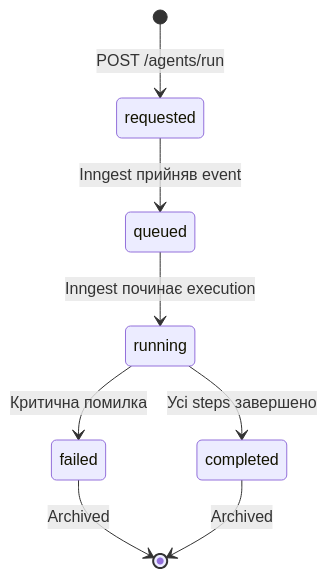
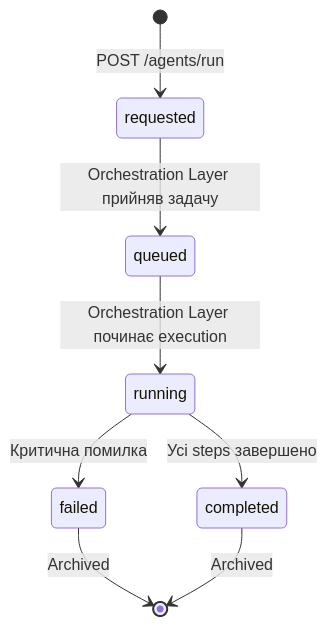
The diagram in docs/architecture/INBOX_AND_RUN_LIFECYCLE_V1.md (maxfraieho/garden-bloom), drawn with Mermaid before and after one commit. The commit also changed other lines of this file and 29 other files, not shown here.

First line of the commit message:
docs: make runtime orchestration vendor-agnostic; remove Inngest refs from canonical docs

````diff
--- a/docs/architecture/INBOX_AND_RUN_LIFECYCLE_V1.md
+++ b/docs/architecture/INBOX_AND_RUN_LIFECYCLE_V1.md
@@ -92,10 +92,10 @@
 ```mermaid
 stateDiagram-v2
     [*] --> requested : POST /agents/run
-    requested --> queued : Inngest прийняв event
-    queued --> running : Inngest починає execution
+    requested --> queued : Orchestration Layer прийняв задачу
+    queued --> running : Orchestration Layer починає execution
     running --> completed : Усі steps завершено
     running --> failed : Критична помилка
     failed --> [*] : Archived
     completed --> [*] : Archived
 ```
````
